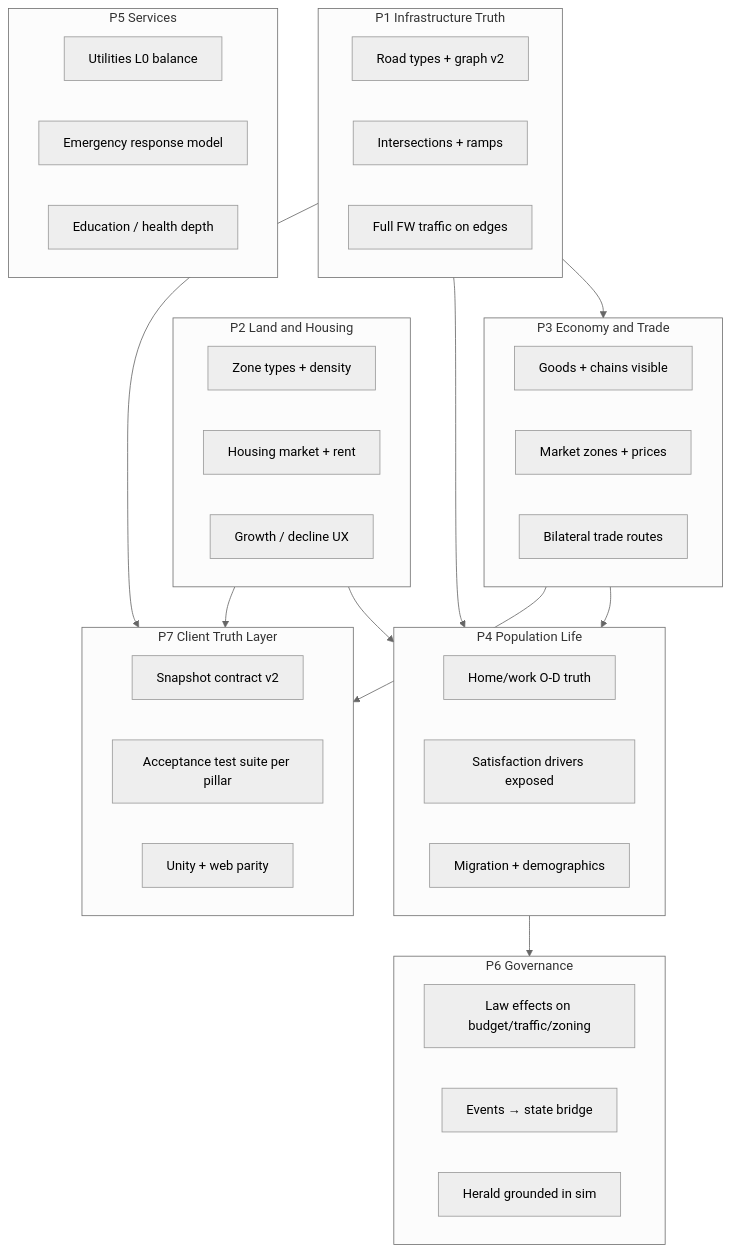
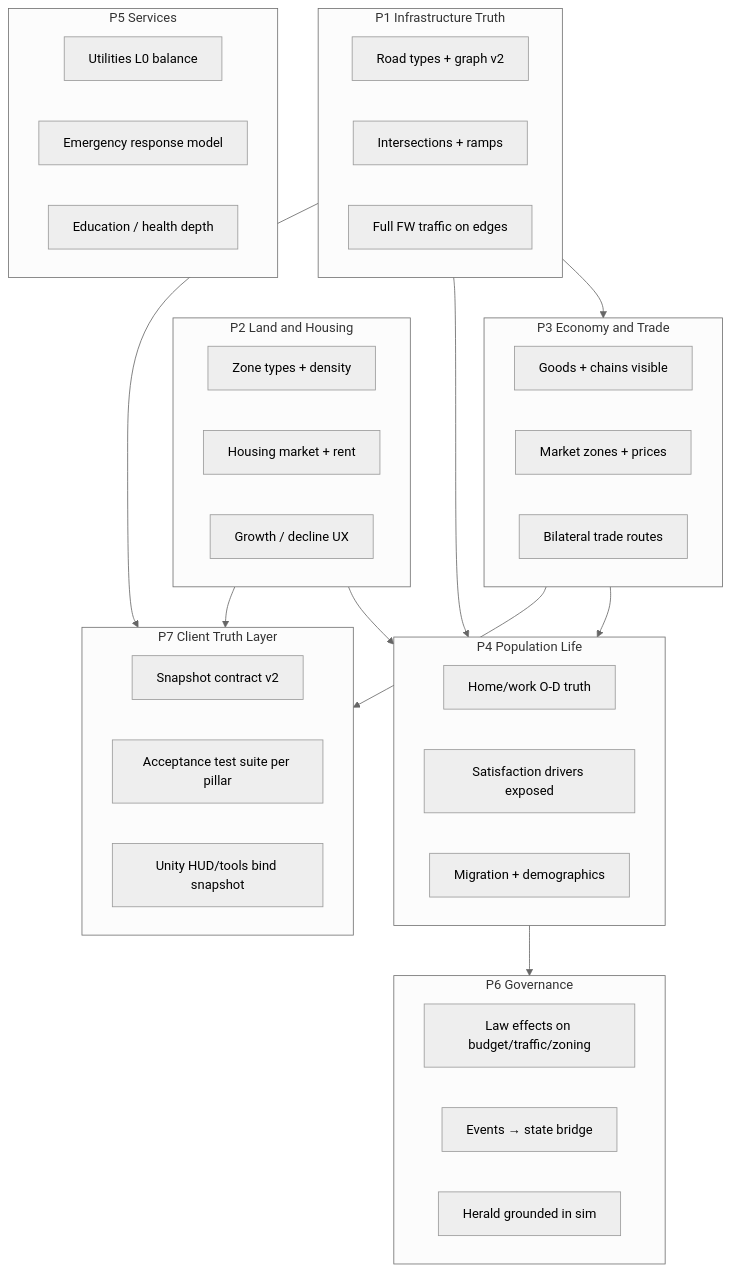
The diagram in docs/design/CATHEDRAL_PROGRAM.md (gkinter/citymajor), drawn with Mermaid (neutral theme) before and after one commit. The commit also changed other lines of this file and 5 other files, not shown here.

First line of the commit message:
docs(cathedral): lock Unity-first product; web R3F archival

````diff
--- a/docs/design/CATHEDRAL_PROGRAM.md
+++ b/docs/design/CATHEDRAL_PROGRAM.md
@@ -96,53 +117,53 @@
 ```mermaid
 flowchart TB
   subgraph P1 [P1 Infrastructure Truth]
     R1[Road types + graph v2]
     R2[Intersections + ramps]
     R3[Full FW traffic on edges]
   end
 
   subgraph P2 [P2 Land and Housing]
     Z1[Zone types + density]
     Z2[Housing market + rent]
     Z3[Growth / decline UX]
   end
 
   subgraph P3 [P3 Economy and Trade]
     E1[Goods + chains visible]
     E2[Market zones + prices]
     E3[Bilateral trade routes]
   end
 
   subgraph P4 [P4 Population Life]
     H1[Home/work O-D truth]
     H2[Satisfaction drivers exposed]
     H3[Migration + demographics]
   end
 
   subgraph P5 [P5 Services]
     S1[Utilities L0 balance]
     S2[Emergency response model]
     S3[Education / health depth]
   end
 
   subgraph P6 [P6 Governance]
     G1[Law effects on budget/traffic/zoning]
     G2[Events → state bridge]
     G3[Herald grounded in sim]
   end
 
   subgraph P7 [P7 Client Truth Layer]
     C1[Snapshot contract v2]
     C2[Acceptance test suite per pillar]
-    C3[Unity + web parity]
+    C3[Unity HUD/tools bind snapshot]
   end
 
   P1 --> P3
   P1 --> P4
   P2 --> P4
   P3 --> P4
   P4 --> P6
   P1 --> P7
   P2 --> P7
   P3 --> P7
 ```
````
